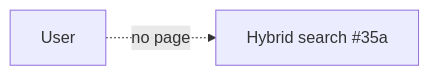
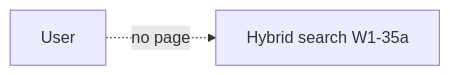
Before and after one commit to Stihotvor/law_by_ai: the eighth of 13 diagrams in docs/design/wave1-mvp/tickets/search-ocr.md, drawn with Mermaid. The commit also changed other lines of this file and 15 other files, not shown here.

````diff
--- a/docs/design/wave1-mvp/tickets/search-ocr.md
+++ b/docs/design/wave1-mvp/tickets/search-ocr.md
@@ -326,4 +326,4 @@
 ```mermaid
 flowchart LR
-  U[User] -. no page .-> S[Hybrid search #35a]
+  U[User] -. no page .-> S[Hybrid search W1-35a]
 ```
````
